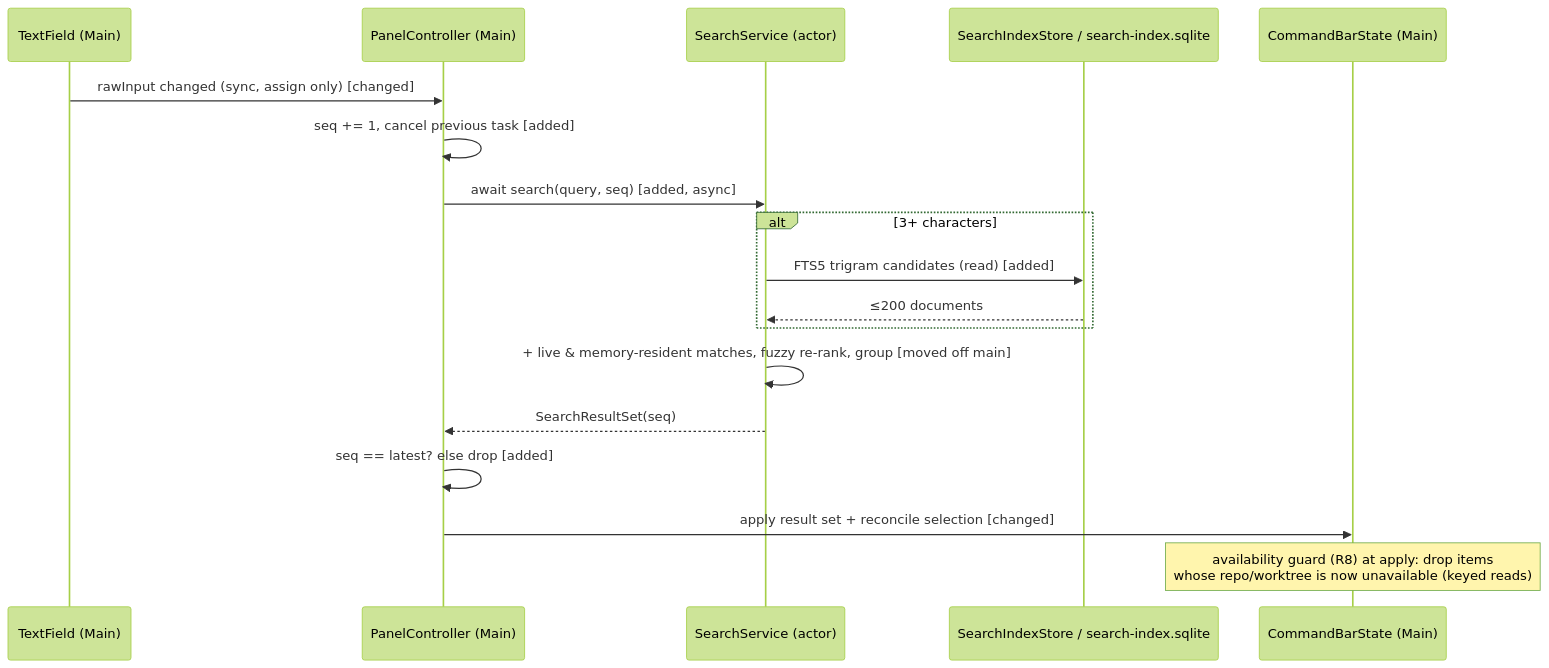
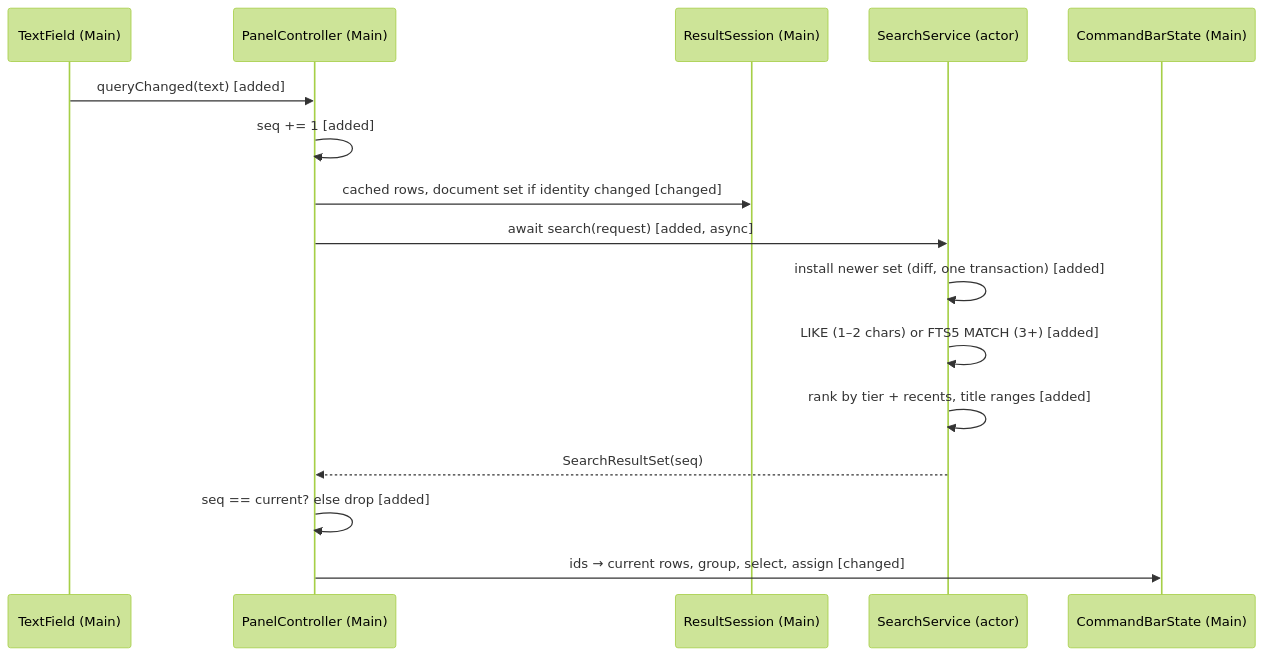
One commit to ShravanSunder/agentstudio changed the third of 4 diagrams in docs/specs/2026-09-26-find-search-service/2026-09-26-find-search-service-program-design.md. Above: the diagram before and after it, drawn with Mermaid (forest theme). The commit also changed other lines of this file and 2 other files, not shown here.

Commit message:
Switch Find to SQLite substring search over command-bar rows and address design review

````diff
--- a/docs/specs/2026-09-26-find-search-service/2026-09-26-find-search-service-program-design.md
+++ b/docs/specs/2026-09-26-find-search-service/2026-09-26-find-search-service-program-design.md
@@ -135,20 +136,18 @@
 ```mermaid
 sequenceDiagram
   participant TF as TextField (Main)
   participant C as PanelController (Main)
+  participant RS as ResultSession (Main)
   participant S as SearchService (actor)
-  participant D as SearchIndexStore / search-index.sqlite
   participant ST as CommandBarState (Main)
-  TF->>C: rawInput changed (sync, assign only) [changed]
-  C->>C: seq += 1, cancel previous task [added]
-  C->>S: await search(query, seq) [added, async]
-  alt 3+ characters
-    S->>D: FTS5 trigram candidates (read) [added]
-    D-->>S: ≤200 documents
-  end
-  S->>S: + live & memory-resident matches, fuzzy re-rank, group [moved off main]
+  TF->>C: queryChanged(text) [added]
+  C->>C: seq += 1 [added]
+  C->>RS: cached rows, document set if identity changed [changed]
+  C->>S: await search(request) [added, async]
+  S->>S: install newer set (diff, one transaction) [added]
+  S->>S: LIKE (1–2 chars) or FTS5 MATCH (3+) [added]
+  S->>S: rank by tier + recents, title ranges [added]
   S-->>C: SearchResultSet(seq)
-  C->>C: seq == latest? else drop [added]
-  C->>ST: apply result set + reconcile selection [changed]
-  Note over ST: availability guard (R8) at apply: drop items<br/>whose repo/worktree is now unavailable (keyed reads)
+  C->>C: seq == current? else drop [added]
+  C->>ST: ids → current rows, group, select, assign [changed]
 ```
````
